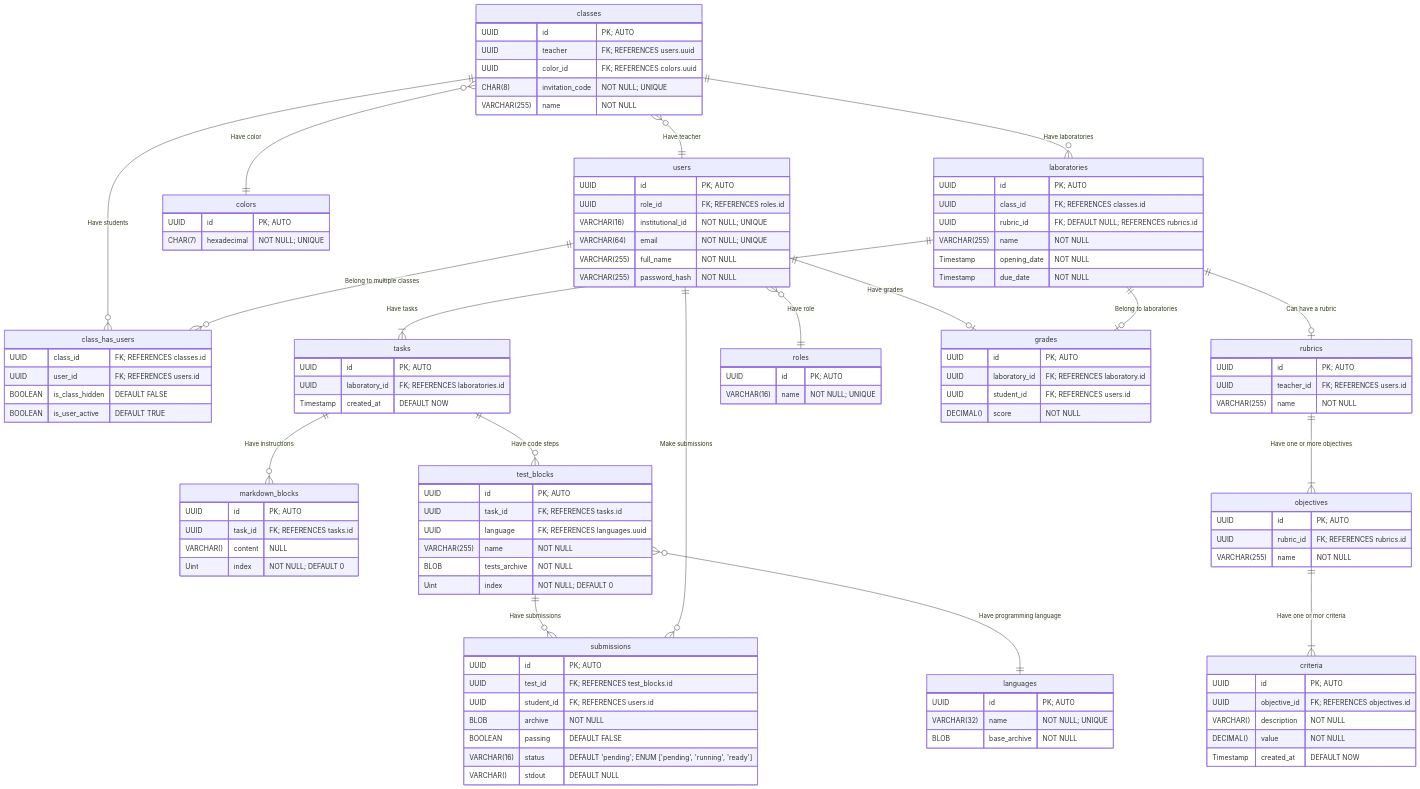
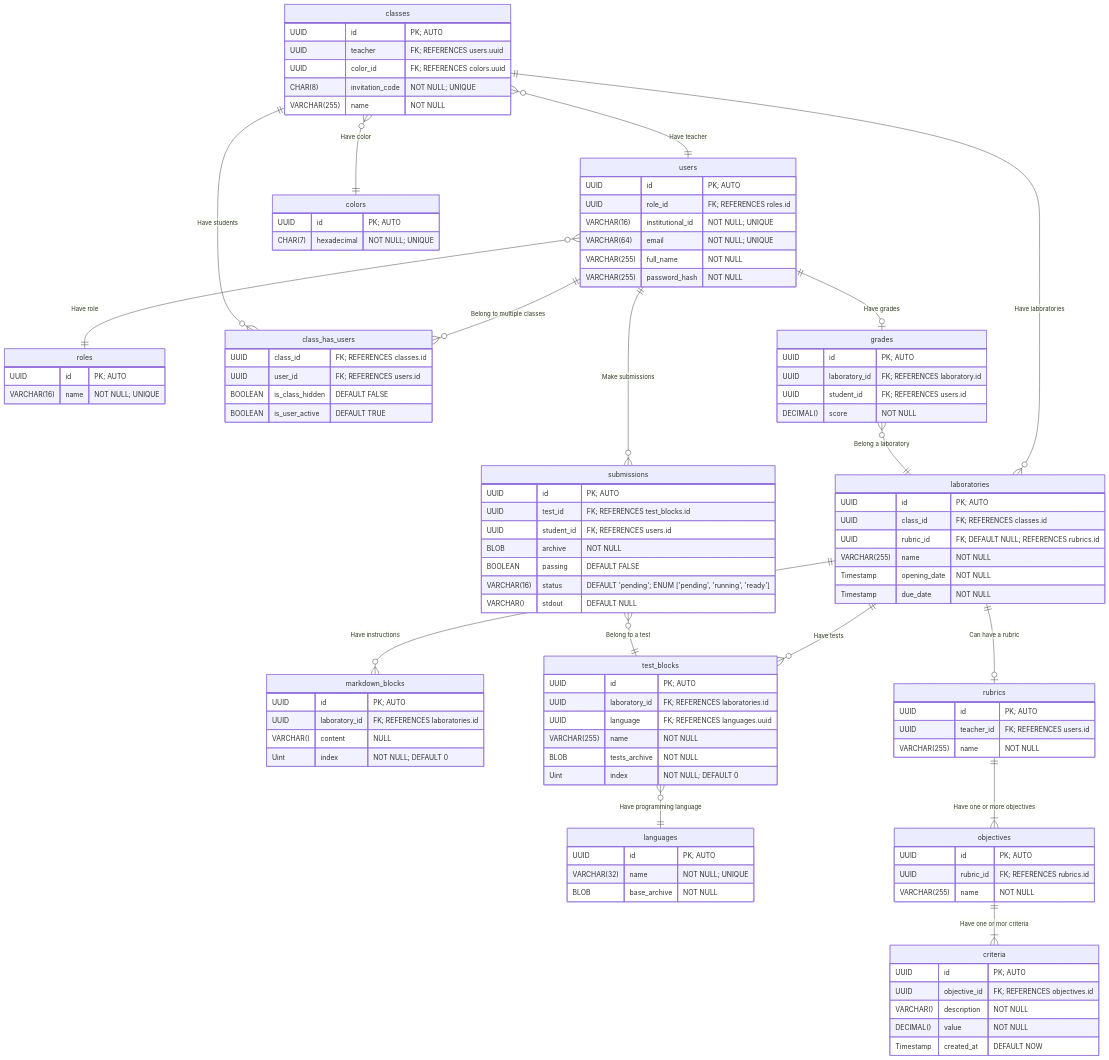
One commit to upb-code-labs/docs changed the diagram in database/diagram.md. Above: the diagram before and after it, drawn with Mermaid. The commit also changed other lines of this file and 2 other files, not shown here.

Commit message:
docs(db): Remove tasks table references (#9)

````diff
--- a/database/diagram.md
+++ b/database/diagram.md
@@ -3,28 +3,26 @@
 ```mermaid
 erDiagram
+    users }o--|| roles:                 "Have role"
+    users ||--o{ class_has_users:       "Belong to multiple classes"
+    users ||--o{ submissions:           "Make submissions"
+    users ||--o| grades:                "Have grades"
+
     classes }o--|| users:               "Have teacher"
     classes }o--|| colors:              "Have color"
     classes ||--o{ class_has_users:     "Have students"
     classes ||--o{ laboratories:        "Have laboratories"
 
-    laboratories ||--|{	tasks:          "Have tasks"
-    laboratories ||--o|	rubrics:        "Can have a rubric"
+    laboratories ||--o{ markdown_blocks:    "Have instructions"
+    laboratories ||--o{ test_blocks:        "Have tests"
+    laboratories ||--o|	rubrics:            "Can have a rubric"
+    grades }o--|| laboratories:             "Belong a laboratory"
 
-    tasks ||--o{ markdown_blocks:       "Have instructions"
-    tasks ||--o{ test_blocks:           "Have code steps"
 
     test_blocks  }o--|| languages:      "Have programming language"
-    test_blocks ||--o{ submissions:     "Have submissions"
-
-    users }o--|| roles:                 "Have role"
-    users ||--o| grades:                "Have grades"
-    users ||--o{ submissions:           "Make submissions"
-    users ||--o{ class_has_users:       "Belong to multiple classes"
+    submissions }o--|| test_blocks:    "Belong to a test"
 
     rubrics ||--|{	objectives:         "Have one or more objectives"
     objectives ||--|{ criteria:         "Have one or mor criteria"
-    laboratories ||--o| grades:         "Belong to laboratories"
-
 
 	roles {
         UUID            id          "PK; AUTO"
@@ -69,22 +67,16 @@
         Timestamp           due_date        "NOT NULL"
     }
 
-    tasks {
-        UUID        id              "PK; AUTO"
-        UUID        laboratory_id   "FK; REFERENCES laboratories.id"
-        Timestamp   created_at      "DEFAULT NOW"
-    }
-
     markdown_blocks {
         UUID            id              "PK; AUTO"
-        UUID            task_id         "FK; REFERENCES tasks.id"
+        UUID            laboratory_id   "FK; REFERENCES laboratories.id"
         VARCHAR()       content         "NULL"
         Uint            index           "NOT NULL; DEFAULT 0"
     }
 
     test_blocks {
         UUID            id              "PK; AUTO"
-        UUID            task_id         "FK; REFERENCES tasks.id"
+        UUID            laboratory_id   "FK; REFERENCES laboratories.id"
         UUID            language        "FK; REFERENCES languages.uuid"
         VARCHAR(255)    name            "NOT NULL"
         BLOB            tests_archive   "NOT NULL"
````
